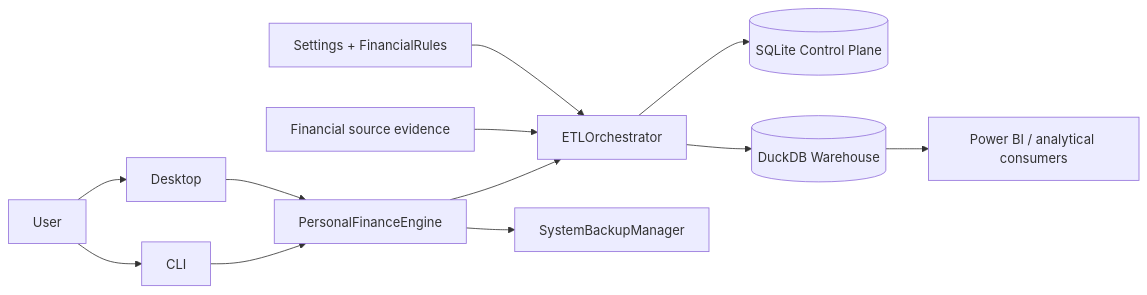
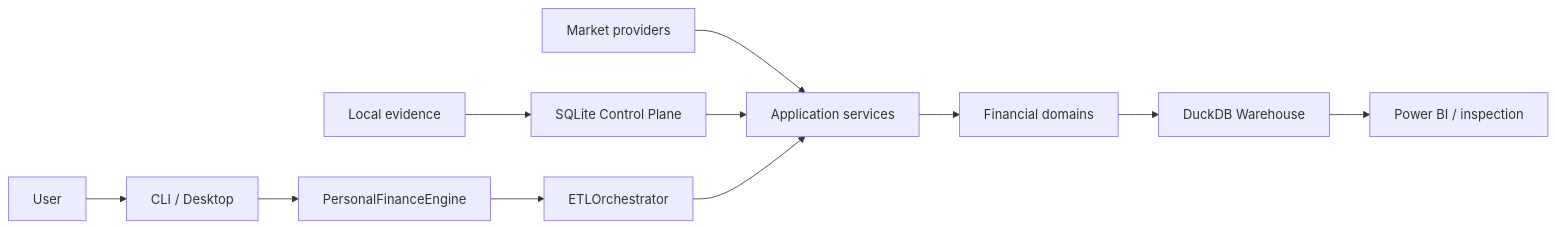
One commit to tks18/personal-finance-etl changed the first of 16 diagrams in docs/architecture/system-architecture.md. Above: the diagram before and after it, drawn with Mermaid. The commit also changed other lines of this file and 10 other files, not shown here.

Commit message:
docs: update docs/architecture for latest version

````diff
--- a/docs/architecture/system-architecture.md
+++ b/docs/architecture/system-architecture.md
@@ -20,19 +15,14 @@
 ```mermaid
 flowchart LR
-    USER[User] --> CLI[CLI]
-    USER --> GUI[Desktop]
+    User[User] --> P[CLI / Desktop]
+    P --> F[PersonalFinanceEngine]
+    F --> O[ETLOrchestrator]
 
-    CLI --> API[PersonalFinanceEngine]
-    GUI --> API
-
-    API --> ETL[ETLOrchestrator]
-    API --> BK[SystemBackupManager]
-
-    SOURCES[Financial source evidence] --> ETL
-    RULES[Settings + FinancialRules] --> ETL
-
-    ETL --> CP[(SQLite Control Plane)]
-    ETL --> DDB[(DuckDB Warehouse)]
-
-    DDB --> BI[Power BI / analytical consumers]
+    Files[Local evidence] --> CP[SQLite Control Plane]
+    APIs[Market providers] --> APP[Application services]
+    CP --> APP
+    O --> APP
+    APP --> DOM[Financial domains]
+    DOM --> WH[DuckDB Warehouse]
+    WH --> BI[Power BI / inspection]
 ```
````
